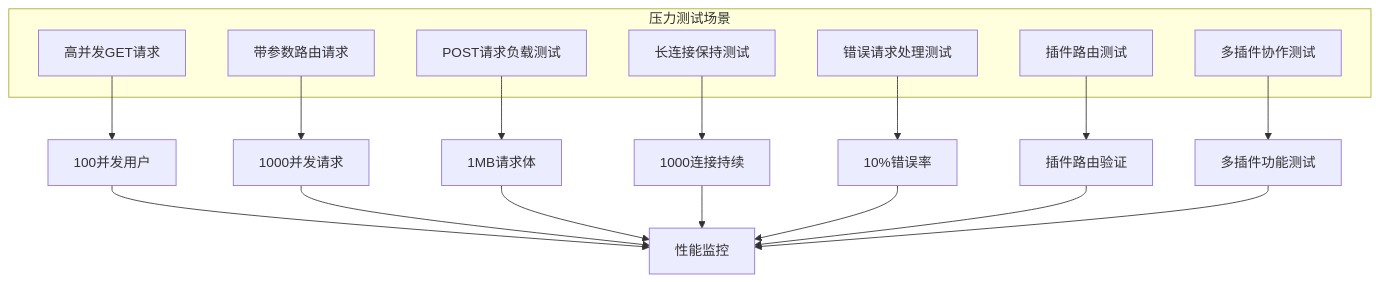
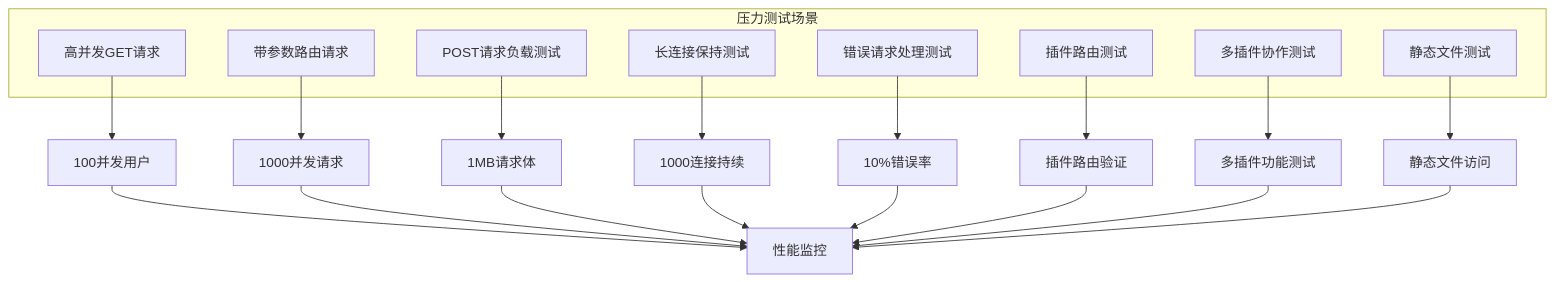
Before and after one commit to esa-sp/test-for-aone-ci: diagram 13 of 14 in .qoder/repowiki/zh/content/后端框架测试/Fastify高性能框架测试.md, drawn with Mermaid. The commit also changed other lines of this file and 15 other files, not shown here.

````diff
--- a/.qoder/repowiki/zh/content/后端框架测试/Fastify高性能框架测试.md
+++ b/.qoder/repowiki/zh/content/后端框架测试/Fastify高性能框架测试.md
@@ -585,26 +596,29 @@
 ```mermaid
 flowchart TD
 subgraph "压力测试场景"
 S1[高并发GET请求]
 S2[带参数路由请求]
 S3[POST请求负载测试]
 S4[长连接保持测试]
 S5[错误请求处理测试]
 S6[插件路由测试]
 S7[多插件协作测试]
+S8[静态文件测试]
 end
 S1 --> M1[100并发用户]
 S2 --> M2[1000并发请求]
 S3 --> M3[1MB请求体]
 S4 --> M4[1000连接持续]
 S5 --> M5[10%错误率]
 S6 --> M6[插件路由验证]
 S7 --> M7[多插件功能测试]
+S8 --> M8[静态文件访问]
 M1 --> R[性能监控]
 M2 --> R
 M3 --> R
 M4 --> R
 M5 --> R
 M6 --> R
 M7 --> R
+M8 --> R
 ```
````
